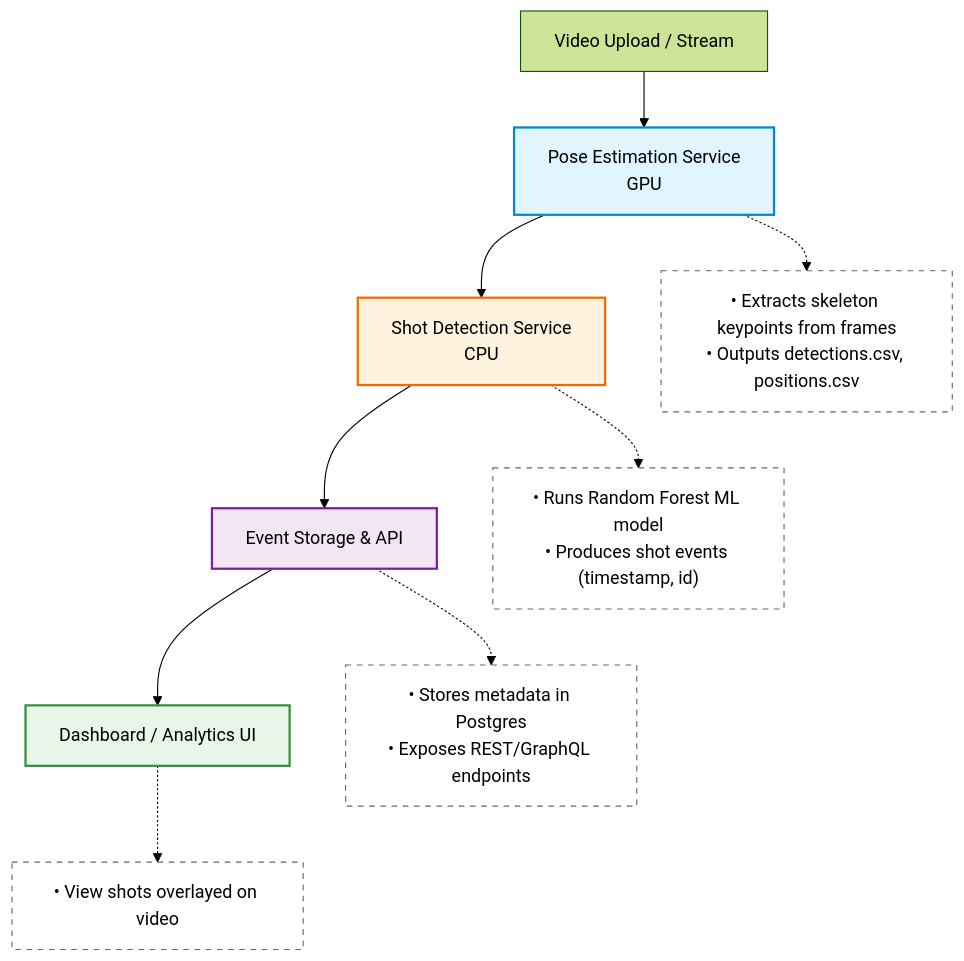
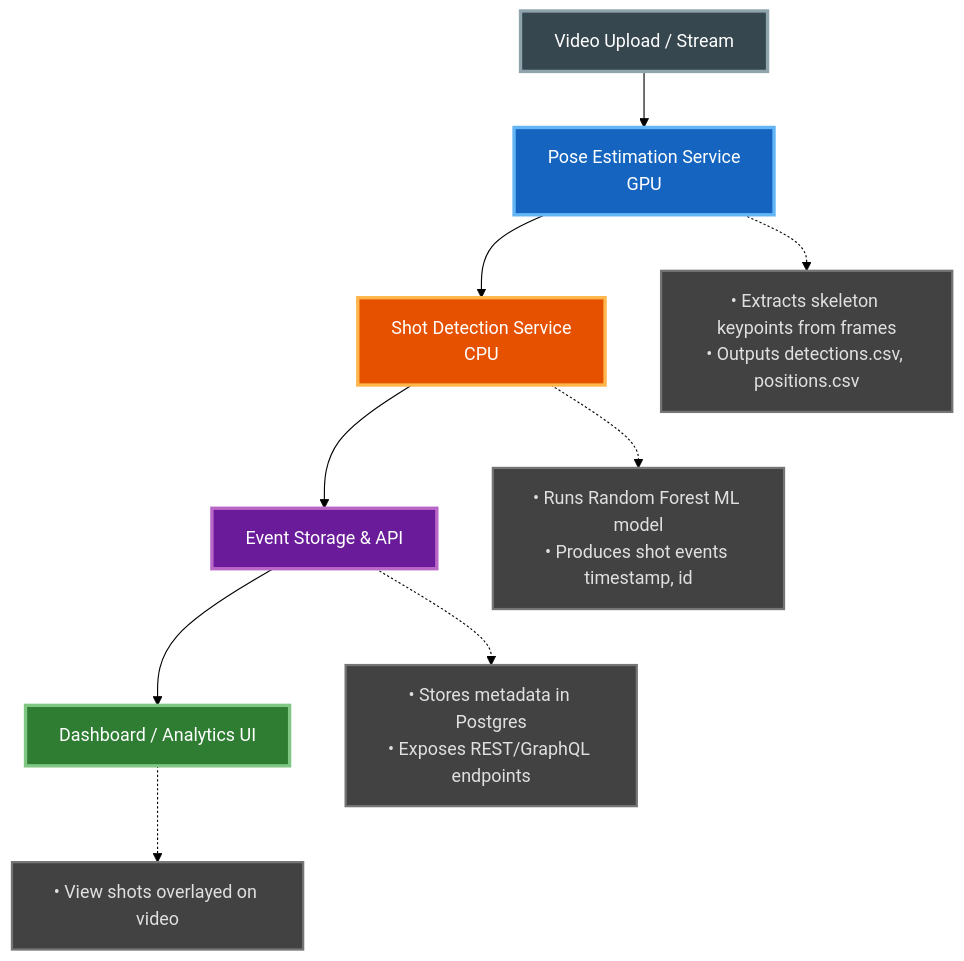
One commit to pedroacvieira/ShotAttemptDetection changed the diagram in README.md. Above: the diagram before and after it, drawn with Mermaid (forest theme).

Commit message:
Improve style for dark mode

````diff
--- a/README.md
+++ b/README.md
@@ -287,24 +287,25 @@
 ```mermaid
 graph TD
     A[Video Upload / Stream] --> B[Pose Estimation Service<br/>GPU]
     B --> C[Shot Detection Service<br/>CPU]
     C --> D[Event Storage & API]
     D --> E[Dashboard / Analytics UI]
 
-    style B fill:#e1f5ff,stroke:#0288d1,stroke-width:2px
-    style C fill:#fff3e0,stroke:#ef6c00,stroke-width:2px
-    style D fill:#f3e5f5,stroke:#7b1fa2,stroke-width:2px
-    style E fill:#e8f5e9,stroke:#388e3c,stroke-width:2px
+    style A fill:#37474f,stroke:#90a4ae,stroke-width:3px,color:#fff
+    style B fill:#1565c0,stroke:#64b5f6,stroke-width:3px,color:#fff
+    style C fill:#e65100,stroke:#ffb74d,stroke-width:3px,color:#fff
+    style D fill:#6a1b9a,stroke:#ba68c8,stroke-width:3px,color:#fff
+    style E fill:#2e7d32,stroke:#81c784,stroke-width:3px,color:#fff
 
-    classDef notes fill:#fff,stroke:#666,stroke-width:1px,stroke-dasharray: 5 5
+    classDef notes fill:#424242,stroke:#757575,stroke-width:2px,color:#e0e0e0
 
     B1["• Extracts skeleton keypoints from frames<br/>• Outputs detections.csv, positions.csv"]:::notes
-    C1["• Runs Random Forest ML model<br/>• Produces shot events (timestamp, id)"]:::notes
+    C1["• Runs Random Forest ML model<br/>• Produces shot events timestamp, id"]:::notes
     D1["• Stores metadata in Postgres<br/>• Exposes REST/GraphQL endpoints"]:::notes
     E1["• View shots overlayed on video"]:::notes
 
     B -.-> B1
     C -.-> C1
     D -.-> D1
     E -.-> E1
 ```
````
